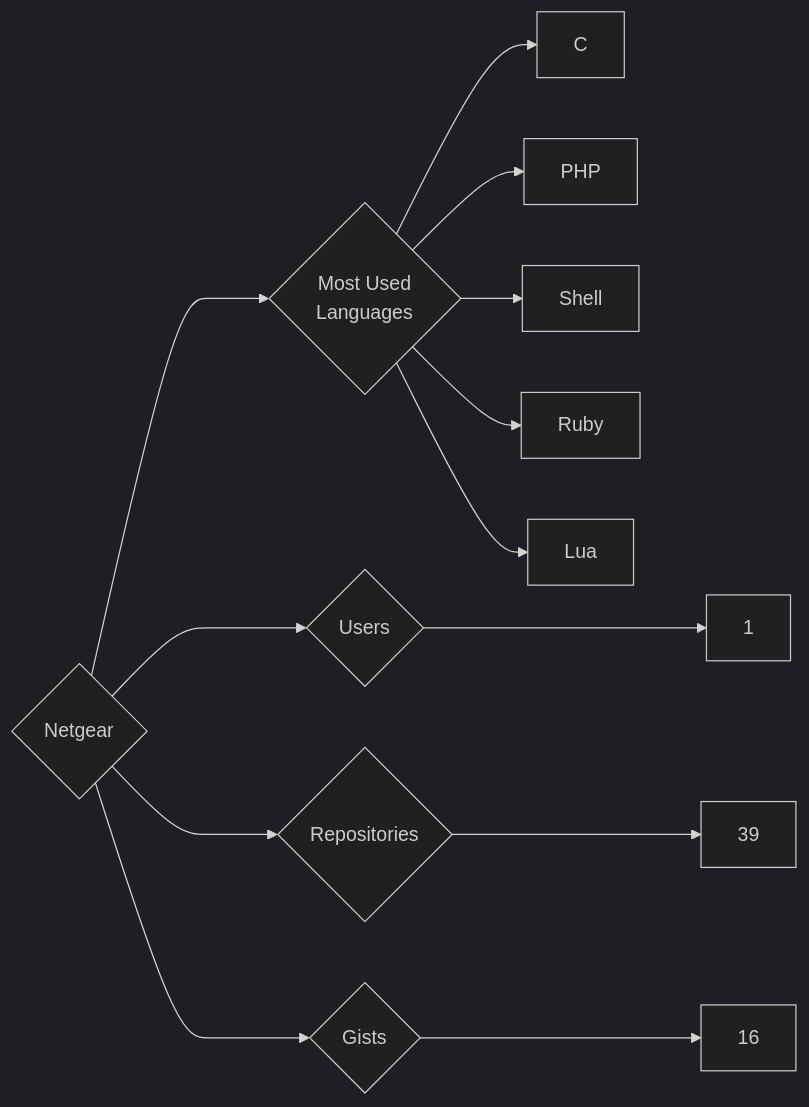
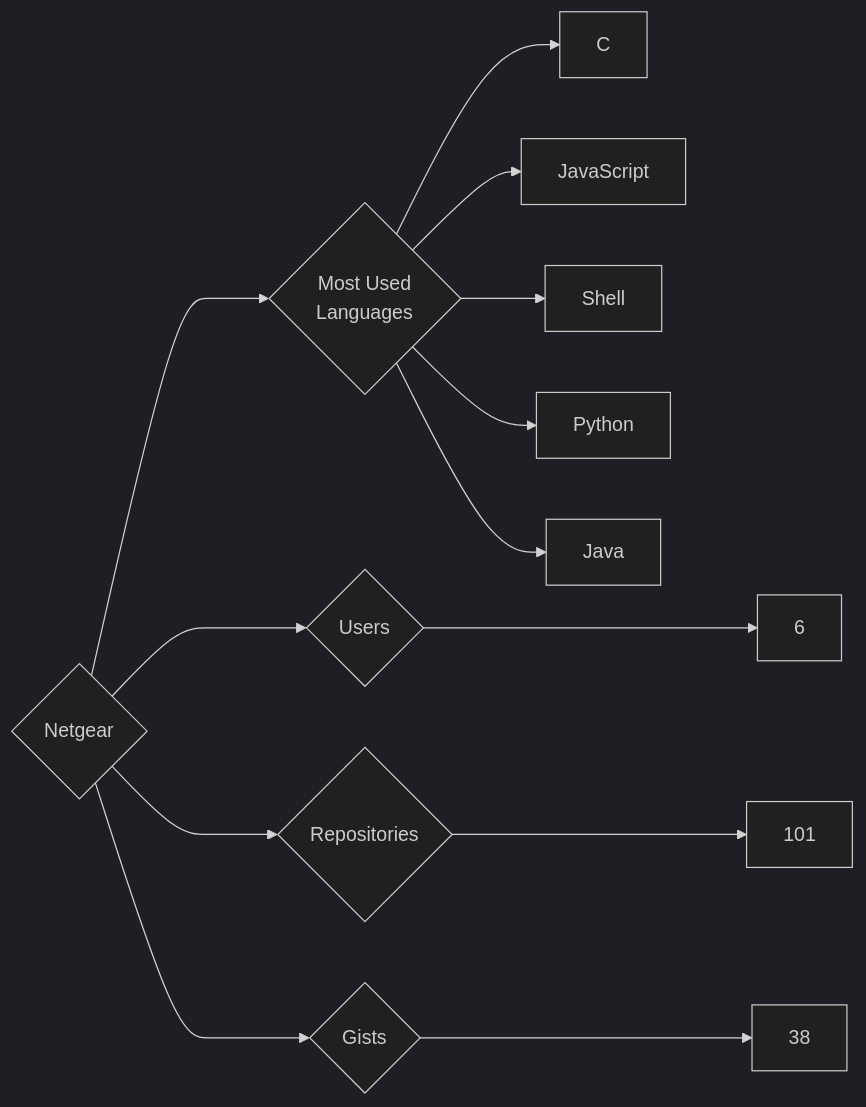
The diagram in targets/Netgear/README.md (trickest/insiders), drawn with Mermaid (dark theme) before and after one commit. The commit also changed 806 other files, not shown here.

````diff
--- a/targets/Netgear/README.md
+++ b/targets/Netgear/README.md
@@ -3,13 +3,13 @@
 ```mermaid
 graph LR
 COMPANY_NAME{Netgear}
-COMPANY_NAME ---> U{Users} ---> UN[1]
-COMPANY_NAME ---> R{Repositories} ---> RN[39]
-COMPANY_NAME ---> G{Gists} ---> GN[16]
+COMPANY_NAME ---> U{Users} ---> UN[6]
+COMPANY_NAME ---> R{Repositories} ---> RN[101]
+COMPANY_NAME ---> G{Gists} ---> GN[38]
 COMPANY_NAME ---> ML{Most Used<br>Languages}
 ML --> C[C]
-ML --> PHP[PHP]
+ML --> JavaScript[JavaScript]
 ML --> Shell[Shell]
-ML --> Ruby[Ruby]
-ML --> Lua[Lua]
+ML --> Python[Python]
+ML --> Java[Java]
 ```
````
